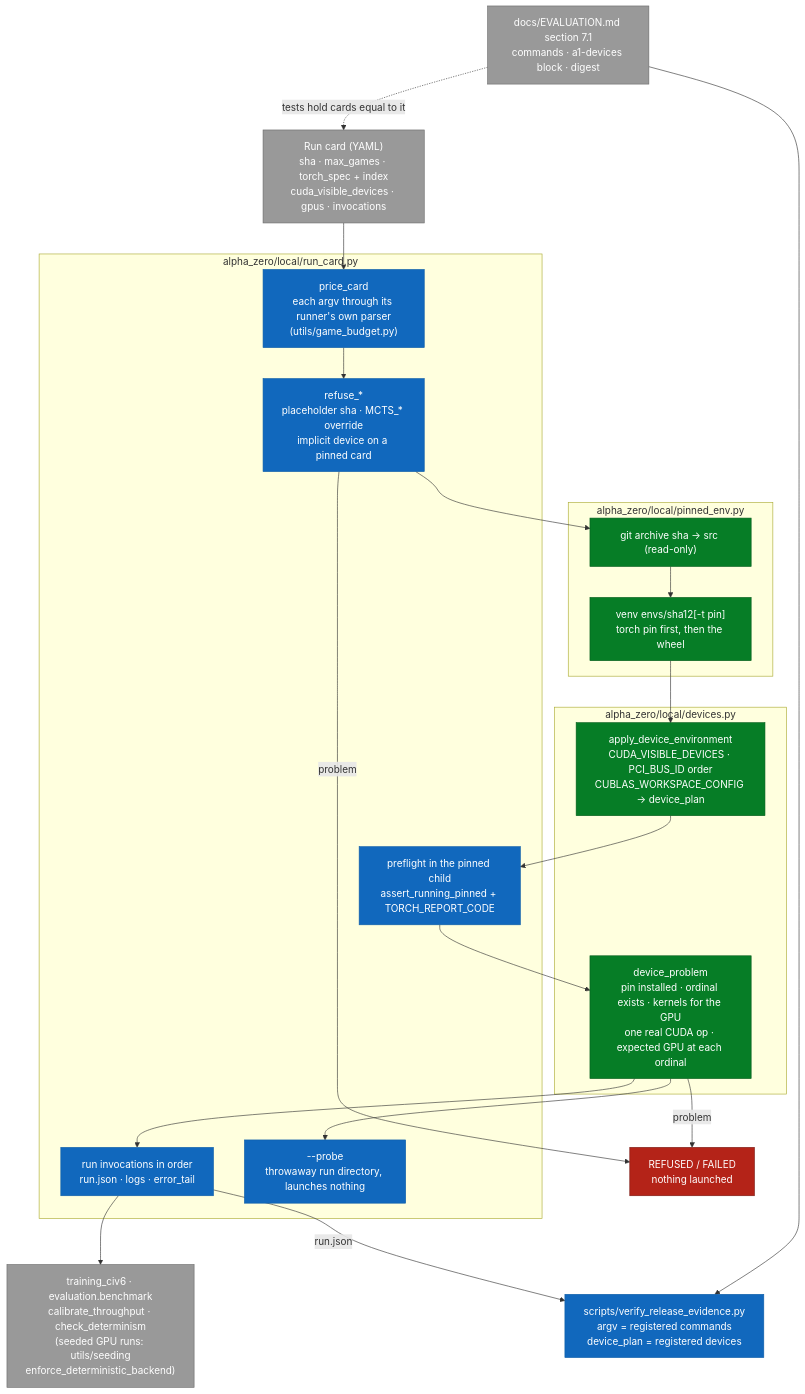
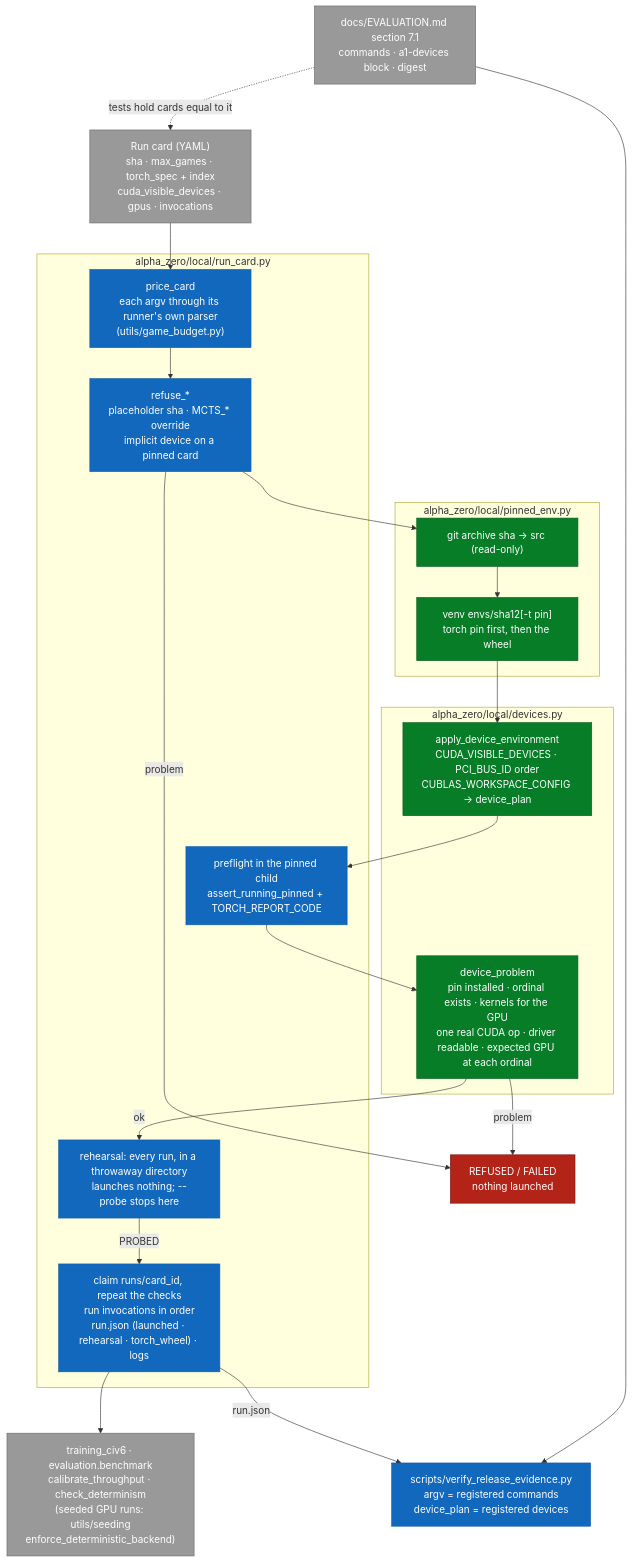
Before and after one commit to Mango-Metrics-NLM/Civ6-AlphaZero: the eighth of 8 diagrams in docs/architecture/C4_ARCHITECTURE.md, drawn with Mermaid. The commit also changed other lines of this file and 8 other files, not shown here.

First line of the commit message:
docs: rehearsal-first run cards, the torch wheel record, atomic writes and the driver record

````diff
--- a/docs/architecture/C4_ARCHITECTURE.md
+++ b/docs/architecture/C4_ARCHITECTURE.md
@@ -459,42 +459,42 @@
 ```mermaid
 flowchart TD
     classDef util fill:#067D26,color:#fff,stroke:#055E1C
     classDef comp fill:#1168BD,color:#fff,stroke:#0E5EA8
     classDef ext fill:#999,color:#fff,stroke:#6B6B6B
     classDef stop fill:#B42318,color:#fff,stroke:#7A1711
 
     Card["Run card (YAML)\nsha · max_games · torch_spec + index\ncuda_visible_devices · gpus · invocations"]:::ext
     Registration["docs/EVALUATION.md section 7.1\ncommands · a1-devices block · digest"]:::ext
 
     subgraph Driver["alpha_zero/local/run_card.py"]
         Price["price_card\neach argv through its runner's own parser\n(utils/game_budget.py)"]:::comp
         Static["refuse_*\nplaceholder sha · MCTS_* override\nimplicit device on a pinned card"]:::comp
         Preflight["preflight in the pinned child\nassert_running_pinned + TORCH_REPORT_CODE"]:::comp
-        Launch["run invocations in order\nrun.json · logs · error_tail"]:::comp
-        Probe["--probe\nthrowaway run directory, launches nothing"]:::comp
+        Probe["rehearsal: every run, in a throwaway directory\nlaunches nothing; --probe stops here"]:::comp
+        Launch["claim runs/card_id, repeat the checks\nrun invocations in order\nrun.json (launched · rehearsal · torch_wheel) · logs"]:::comp
     end
 
     subgraph Pinned["alpha_zero/local/pinned_env.py"]
         Src["git archive sha -> src (read-only)"]:::util
         Venv["venv envs/sha12[-t pin]\ntorch pin first, then the wheel"]:::util
     end
 
     subgraph Devices["alpha_zero/local/devices.py"]
         Env["apply_device_environment\nCUDA_VISIBLE_DEVICES · PCI_BUS_ID order\nCUBLAS_WORKSPACE_CONFIG -> device_plan"]:::util
-        Problem["device_problem\npin installed · ordinal exists · kernels for the GPU\none real CUDA op · expected GPU at each ordinal"]:::util
+        Problem["device_problem\npin installed · ordinal exists · kernels for the GPU\none real CUDA op · driver readable · expected GPU at each ordinal"]:::util
     end
 
     Refuse["REFUSED / FAILED\nnothing launched"]:::stop
     Runners["training_civ6 · evaluation.benchmark\ncalibrate_throughput · check_determinism\n(seeded GPU runs: utils/seeding\nenforce_deterministic_backend)"]:::ext
     Verify["scripts/verify_release_evidence.py\nargv = registered commands\ndevice_plan = registered devices"]:::comp
 
     Registration -. "tests hold cards equal to it" .-> Card
     Card --> Price --> Static
     Static -->|"problem"| Refuse
     Static --> Src --> Venv --> Env --> Preflight --> Problem
     Problem -->|"problem"| Refuse
-    Problem --> Probe
-    Problem --> Launch --> Runners
+    Problem -->|"ok"| Probe
+    Probe -->|"PROBED"| Launch --> Runners
     Launch -->|"run.json"| Verify
     Registration --> Verify
 ```
````
